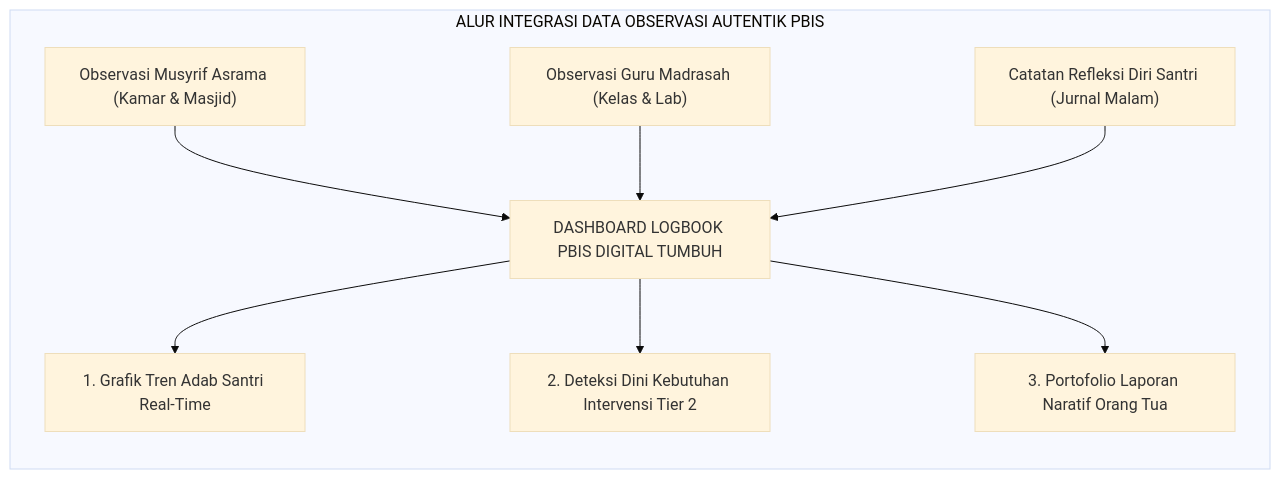
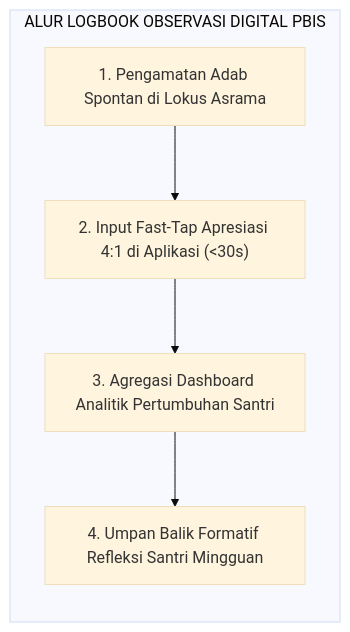
The third of 3 diagrams in 02 Principles/05 Assessment Principles/P2-05-01-Prinsip-Asesmen-Autentik-dan-Observasi-Alami.md (wandiapriliyandi/tumbuh), drawn with Mermaid (base theme) before and after one commit. The commit also changed other lines of this file and 6 other files, not shown here.

````diff
--- a/02 Principles/05 Assessment Principles/P2-05-01-Prinsip-Asesmen-Autentik-dan-Observasi-Alami.md
+++ b/02 Principles/05 Assessment Principles/P2-05-01-Prinsip-Asesmen-Autentik-dan-Observasi-Alami.md
@@ -239,12 +160,9 @@
 ```mermaid
-graph LR
-    subgraph AlurDataAsesmenPBISTUMBUH["ALUR INTEGRASI DATA OBSERVASI AUTENTIK PBIS"]
-        Input1["Observasi Musyrif Asrama (Kamar & Masjid)"] --> Engine["DASHBOARD LOGBOOK PBIS DIGITAL TUMBUH"]
-        Input2["Observasi Guru Madrasah (Kelas & Lab)"] --> Engine
-        Input3["Catatan Refleksi Diri Santri (Jurnal Malam)"] --> Engine
-        
-        Engine --> Output1["1. Grafik Tren Adab Santri Real-Time"]
-        Engine --> Output2["2. Deteksi Dini Kebutuhan Intervensi Tier 2"]
-        Engine --> Output3["3. Portofolio Laporan Naratif Orang Tua"]
+flowchart LR
+    subgraph AlurLoggingObservasi["ALUR LOGBOOK OBSERVASI DIGITAL PBIS"]
+        PengamatanAlami["1. Pengamatan Adab Spontan di Lokus Asrama"]
+        --> InputApresiasi["2. Input Fast-Tap Apresiasi 4:1 di Aplikasi (<30s)"]
+        --> AgregasiData["3. Agregasi Dashboard Analitik Pertumbuhan Santri"]
+        --> UmpanBalik["4. Umpan Balik Formatif Refleksi Santri Mingguan"]
     end
 ```
````
